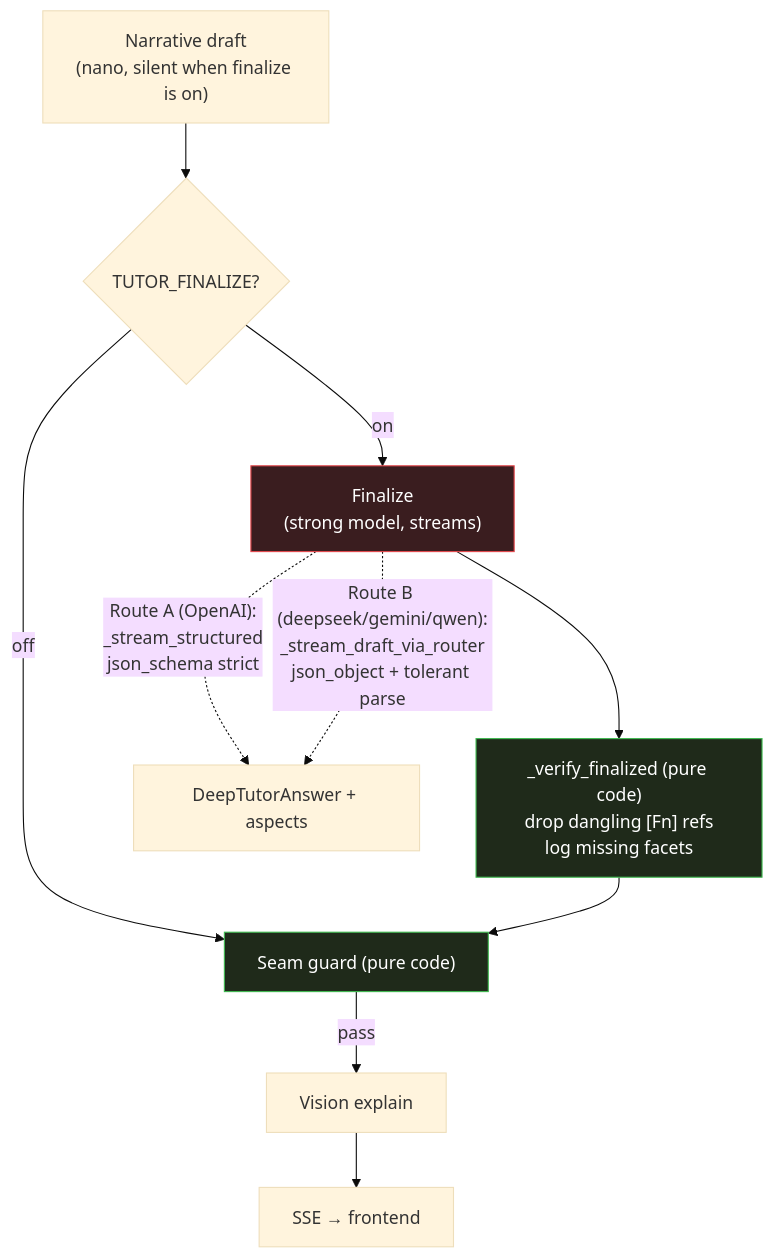
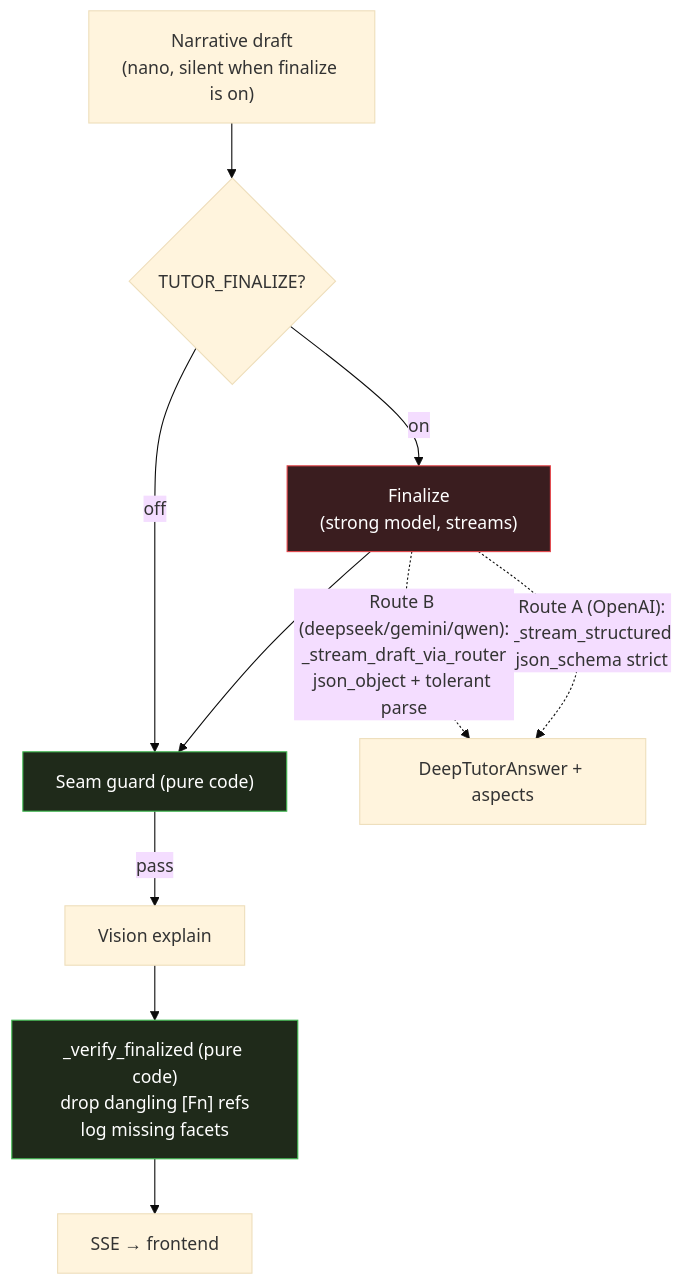
Before and after one commit to IohanFaustino/statrag: the diagram in docs/services/chat-features/59-tutor-finalize.md, drawn with Mermaid (base theme). The commit also changed other lines of this file and 2 other files, not shown here.

Commit message:
docs(tutor): fix mermaid lockstep — finalize before seam-guard + dedupe FIN node id
Final whole-branch review found the finalize/seam-guard order and a duplicate FIN
node id drifted across 36-deep-tutor.md, 59-tutor-finalize.md, and tutor.html.
Corrected all three to the true code order: draft -> finalize -> seam_guard ->
vision -> verify -> convert; finalize node renamed FZN (FIN stays the convert node).

````diff
--- a/docs/services/chat-features/59-tutor-finalize.md
+++ b/docs/services/chat-features/59-tutor-finalize.md
@@ -22,17 +22,17 @@
 ```mermaid
 flowchart TD
   ND["Narrative draft<br/>(nano, silent when finalize is on)"] --> FZ{"TUTOR_FINALIZE?"}
-  FZ -->|off| SG["Seam guard (pure code)"]
-  FZ -->|on| FIN["Finalize<br/>(strong model, streams)"]
-  FIN --> VRF["_verify_finalized (pure code)<br/>drop dangling [Fn] refs<br/>log missing facets"]
-  VRF --> SG
+  FZ -->|on| FZN["Finalize<br/>(strong model, streams)"]
+  FZN --> SG["Seam guard (pure code)"]
+  FZ -->|off| SG
   SG -->|pass| VE["Vision explain"]
-  VE --> SSE["SSE → frontend"]
+  VE --> VRF["_verify_finalized (pure code)<br/>drop dangling [Fn] refs<br/>log missing facets"]
+  VRF --> SSE["SSE → frontend"]
 
-  FIN -. "Route A (OpenAI):<br/>_stream_structured<br/>json_schema strict" .-> SA["DeepTutorAnswer + aspects"]
-  FIN -. "Route B (deepseek/gemini/qwen):<br/>_stream_draft_via_router<br/>json_object + tolerant parse" .-> SA
+  FZN -. "Route A (OpenAI):<br/>_stream_structured<br/>json_schema strict" .-> SA["DeepTutorAnswer + aspects"]
+  FZN -. "Route B (deepseek/gemini/qwen):<br/>_stream_draft_via_router<br/>json_object + tolerant parse" .-> SA
 
-  style FIN fill:#3a1d1f,stroke:#E5484D,color:#fff
+  style FZN fill:#3a1d1f,stroke:#E5484D,color:#fff
   style VRF fill:#1f2a1a,stroke:#3fb950,color:#fff
   style SG fill:#1f2a1a,stroke:#3fb950,color:#fff
 ```
````
